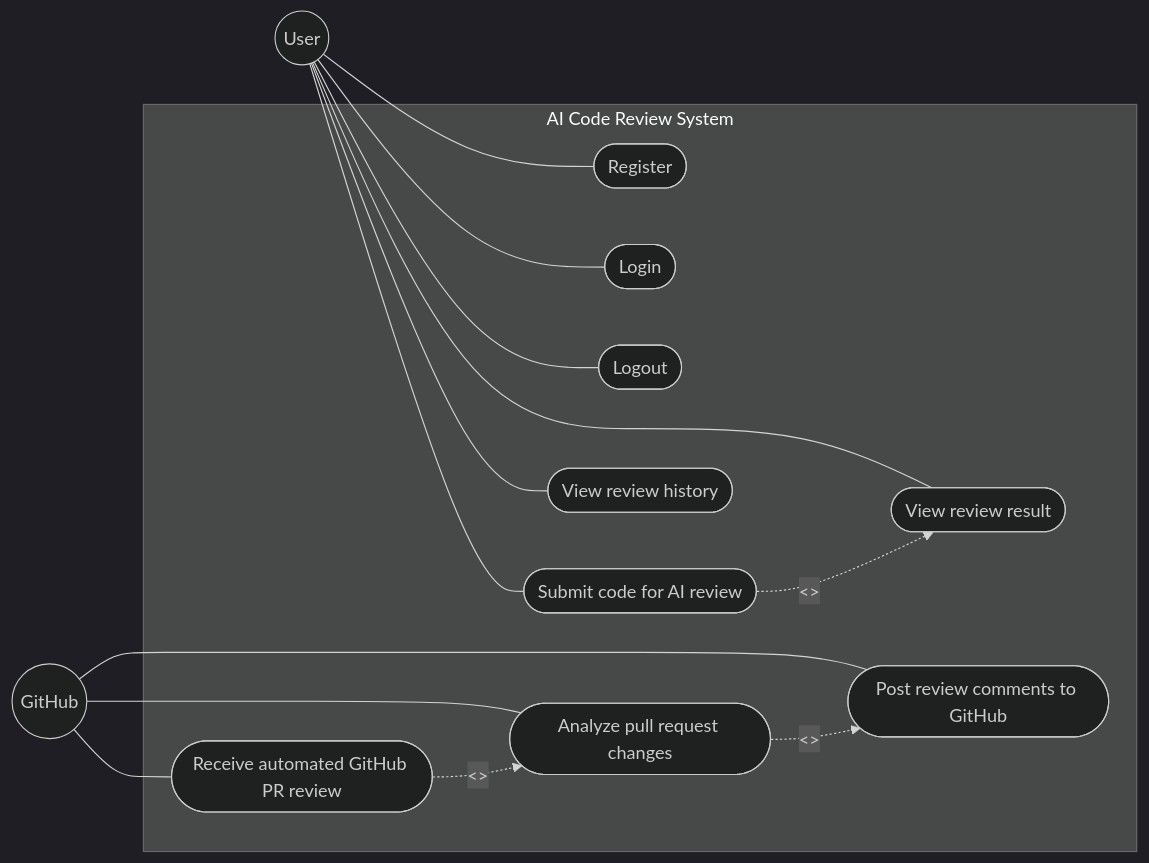
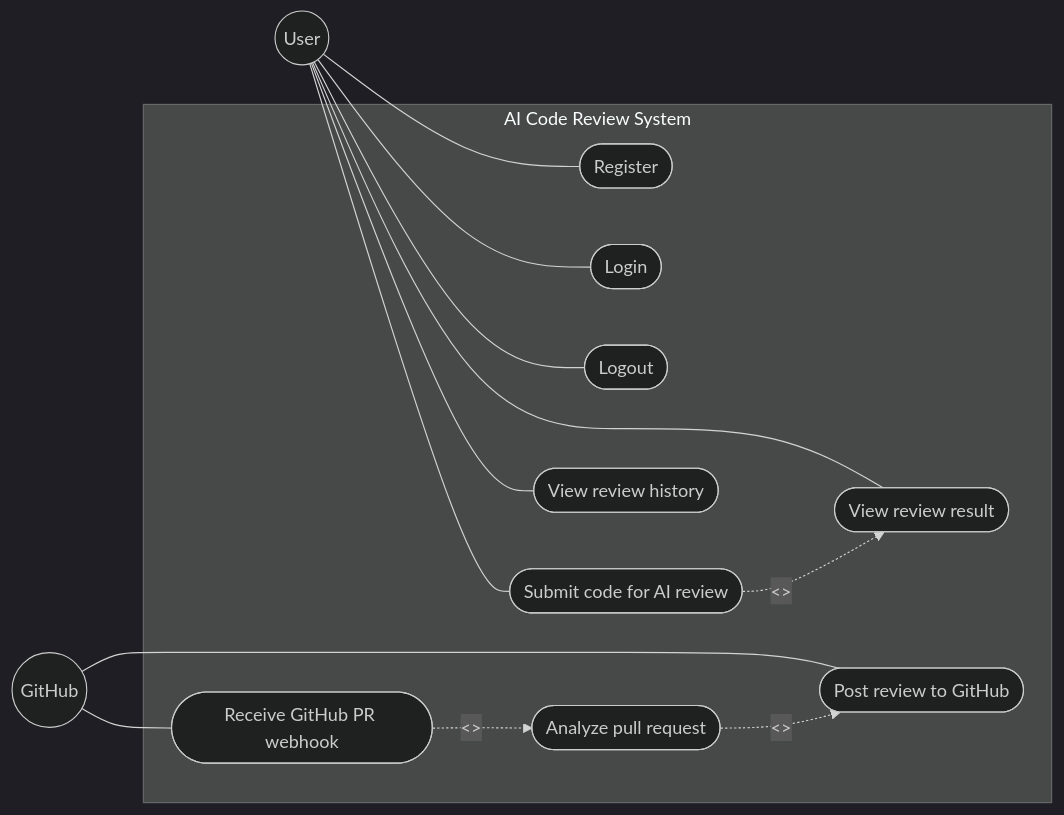
One commit to mohdfaizan091/ai-code-review changed the diagram in docs/use-case.md. Above: the diagram before and after it, drawn with Mermaid (dark theme). The commit also changed other lines of this file and 2 other files, not shown here.

````diff
--- a/docs/use-case.md
+++ b/docs/use-case.md
@@ -16,33 +18,35 @@
 ```mermaid
 flowchart LR
+
     User((User))
     GitHub((GitHub))
 
     subgraph System["AI Code Review System"]
+
         Register(["Register"])
         Login(["Login"])
         Logout(["Logout"])
         SubmitReview(["Submit code for AI review"])
         ViewResult(["View review result"])
         ViewHistory(["View review history"])
 
-        ReceivePRReview(["Receive automated GitHub PR review"])
-        AnalyzePR(["Analyze pull request changes"])
-        PostComments(["Post review comments to GitHub"])
+        ReceivePRReview(["Receive GitHub PR webhook"])
+        AnalyzePR(["Analyze pull request"])
+        PostComments(["Post review to GitHub"])
+
     end
 
     User --- Register
     User --- Login
     User --- Logout
     User --- SubmitReview
     User --- ViewResult
     User --- ViewHistory
 
     GitHub --- ReceivePRReview
-    GitHub --- AnalyzePR
     GitHub --- PostComments
 
     SubmitReview -. "<<include>>" .-> ViewResult
     ReceivePRReview -. "<<include>>" .-> AnalyzePR
     AnalyzePR -. "<<include>>" .-> PostComments
 ```
````
